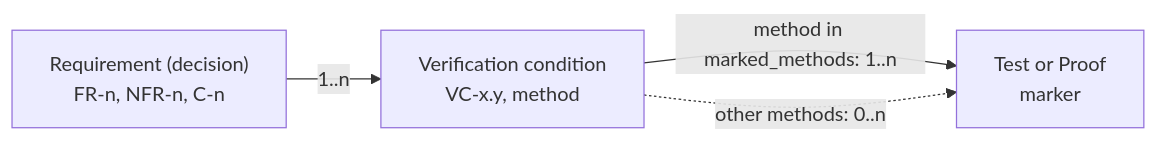
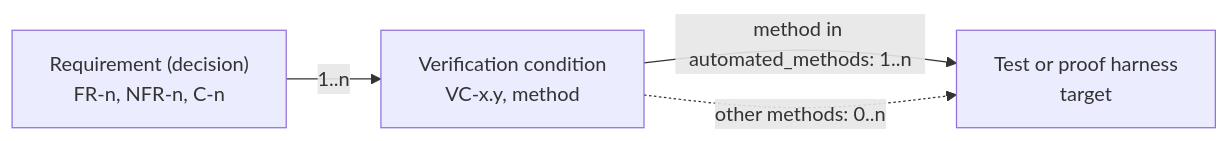
The second of 2 diagrams in documentation/vv/requirement-traceability-design.md (Dyse-Industries/control-rs), drawn with Mermaid before and after one commit. The commit also changed other lines of this file and 37 other files, not shown here.

````diff
--- a/documentation/vv/requirement-traceability-design.md
+++ b/documentation/vv/requirement-traceability-design.md
@@ -263,6 +249,6 @@
 ```mermaid
 flowchart LR
     R["Requirement (decision)<br/>FR-n, NFR-n, C-n"] -->|"1..n"| V["Verification condition<br/>VC-x.y, method"]
-    V -->|"method in marked_methods: 1..n"| T["Test or Proof<br/>marker"]
+    V -->|"method in automated_methods: 1..n"| T["Test or proof harness<br/>target"]
     V -.->|"other methods: 0..n"| T
 ```
````
